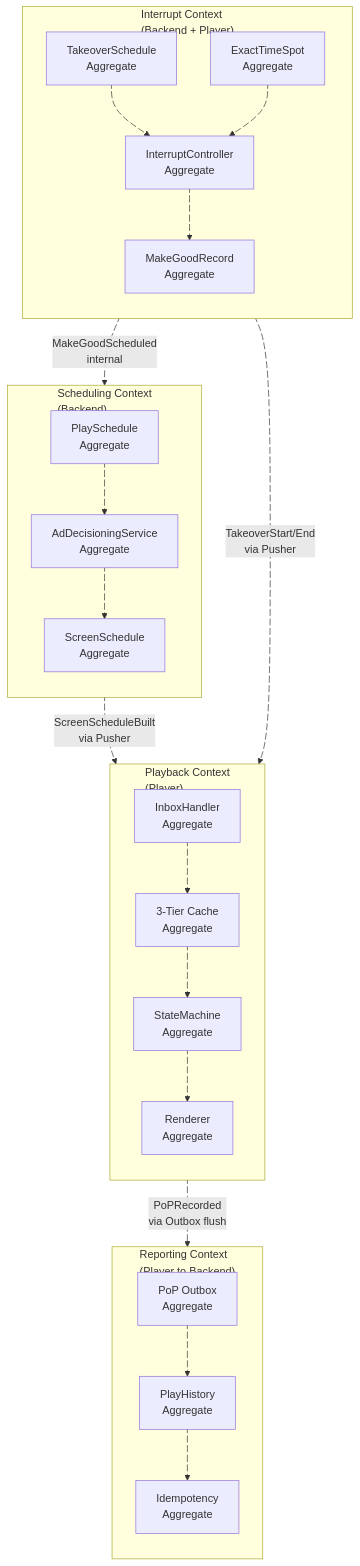
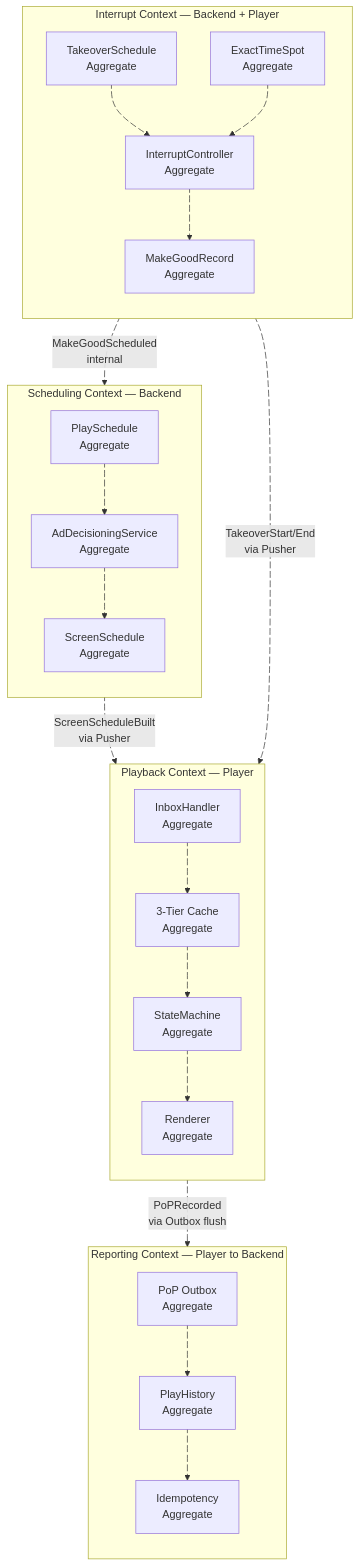
The diagram in scripts/diagrams/11-1-context-map.mmd (wasikarn/jira-generator), drawn with Mermaid before and after one commit. The commit also changed 6 other files, not shown here.

First line of the commit message:
fix: use single-line subgraph titles to prevent node overlap in diagrams

```diff
--- a/scripts/diagrams/11-1-context-map.mmd
+++ b/scripts/diagrams/11-1-context-map.mmd
@@ -1,62 +1,62 @@
 flowchart TD
-    subgraph SC["Scheduling Context<br/>(Backend)"]
+    subgraph SC["Scheduling Context — Backend"]
         direction TB
         SC_PS["PlaySchedule<br/>Aggregate"]
         SC_ADE["AdDecisioningService<br/>Aggregate"]
         SC_SS["ScreenSchedule<br/>Aggregate"]
         SC_PS e5@--> SC_ADE
         SC_ADE e6@--> SC_SS
     end
 
-    subgraph IC["Interrupt Context<br/>(Backend + Player)"]
+    subgraph IC["Interrupt Context — Backend + Player"]
         direction TB
         IC_TK["TakeoverSchedule<br/>Aggregate"]
         IC_ET["ExactTimeSpot<br/>Aggregate"]
         IC_CTRL["InterruptController<br/>Aggregate"]
         IC_MG["MakeGoodRecord<br/>Aggregate"]
         IC_TK e7@--> IC_CTRL
         IC_ET e8@--> IC_CTRL
         IC_CTRL e9@--> IC_MG
     end
 
-    subgraph PC["Playback Context<br/>(Player)"]
+    subgraph PC["Playback Context — Player"]
         direction TB
         PC_INBOX["InboxHandler<br/>Aggregate"]
         PC_CACHE["3-Tier Cache<br/>Aggregate"]
         PC_SM["StateMachine<br/>Aggregate"]
         PC_RENDER["Renderer<br/>Aggregate"]
         PC_INBOX e10@--> PC_CACHE
         PC_CACHE e11@--> PC_SM
         PC_SM e12@--> PC_RENDER
     end
 
-    subgraph RC["Reporting Context<br/>(Player to Backend)"]
+    subgraph RC["Reporting Context — Player to Backend"]
         direction TB
         RC_OUTBOX["PoP Outbox<br/>Aggregate"]
         RC_HISTORY["PlayHistory<br/>Aggregate"]
         RC_IDEMP["Idempotency<br/>Aggregate"]
         RC_OUTBOX e13@--> RC_HISTORY
         RC_HISTORY e14@--> RC_IDEMP
     end
 
     SC e1@-->|"ScreenScheduleBuilt<br/>via Pusher"| PC
     IC e2@-->|"TakeoverStart/End<br/>via Pusher"| PC
     PC e3@-->|"PoPRecorded<br/>via Outbox flush"| RC
     IC e4@-->|"MakeGoodScheduled<br/>internal"| SC
 
     %% Aggregate styles - Yellow
     %% Context styles
     e1@{ animation: slow }
     e2@{ animation: fast }
     e3@{ animation: slow }
     e4@{ animation: slow }
     e5@{ animation: fast }
     e6@{ animation: fast }
     e7@{ animation: fast }
     e8@{ animation: fast }
     e9@{ animation: fast }
     e10@{ animation: fast }
     e11@{ animation: fast }
     e12@{ animation: fast }
     e13@{ animation: fast }
     e14@{ animation: fast }
```
